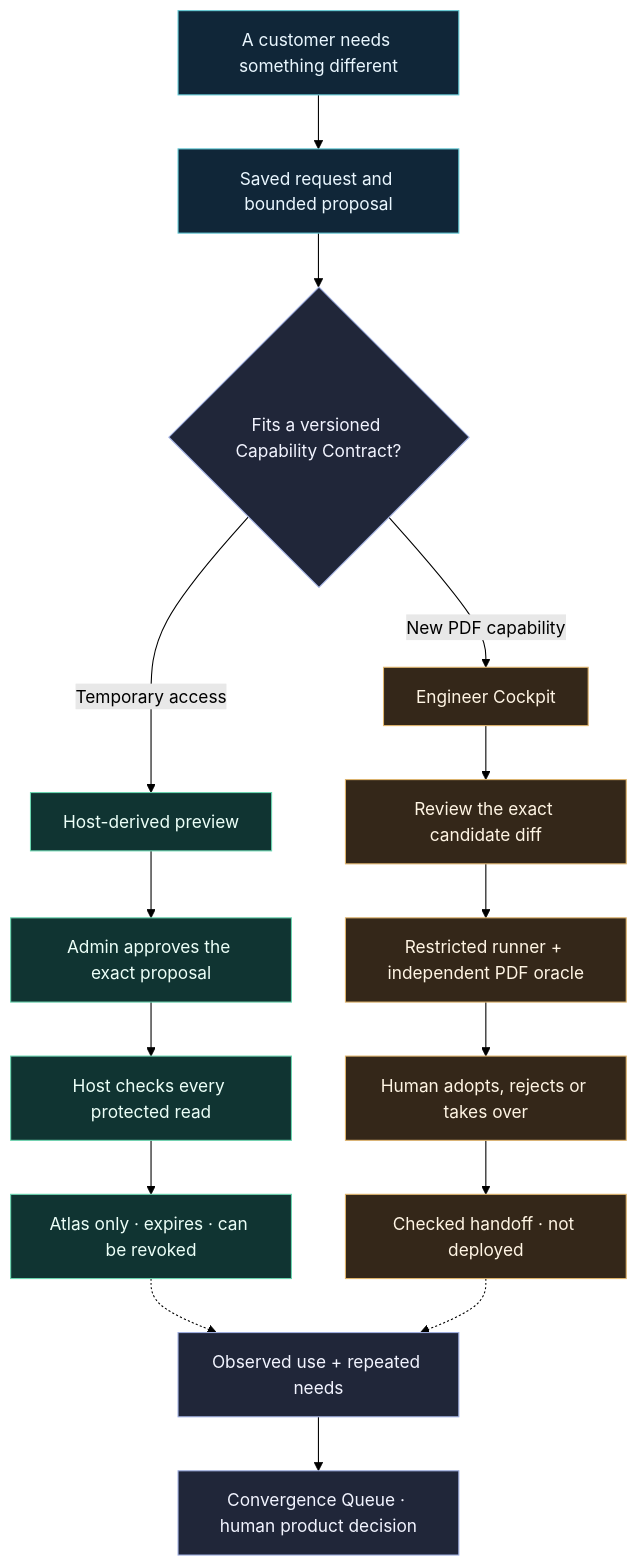
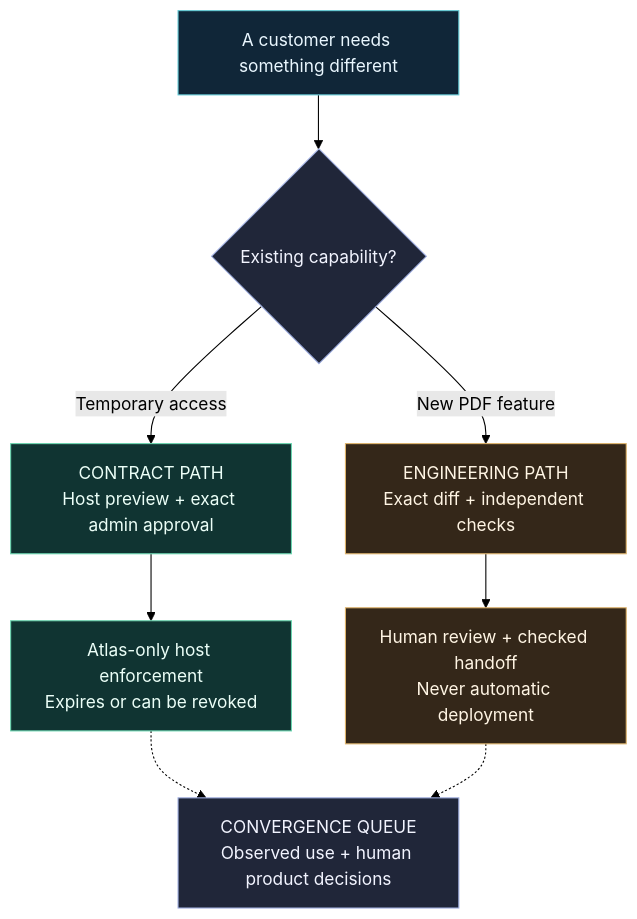
Before and after one commit to usmanmohammed2306/OWNSTACK: the diagram in README.md, drawn with Mermaid (forest theme). The commit also changed other lines of this file, not shown here.

Commit message:
docs: simplify the two-path architecture diagram

````diff
--- a/README.md
+++ b/README.md
@@ -42,29 +42,19 @@
 ```mermaid
 flowchart TD
-    R["A customer needs something different"] --> P["Saved request and bounded proposal"]
-    P --> C{"Fits a versioned Capability Contract?"}
-
-    C -->|"Temporary access"| V["Host-derived preview"]
-    V --> A["Admin approves the exact proposal"]
-    A --> H["Host checks every protected read"]
-    H --> X["Atlas only · expires · can be revoked"]
-
-    C -->|"New PDF capability"| E["Engineer Cockpit"]
-    E --> D["Review the exact candidate diff"]
-    D --> T["Restricted runner + independent PDF oracle"]
-    T --> Q["Human adopts, rejects or takes over"]
-    Q --> N["Checked handoff · not deployed"]
-
-    X -.-> S["Observed use + repeated needs"]
-    N -.-> S
-    S --> K["Convergence Queue · human product decision"]
+    R["A customer needs something different"] --> C{"Existing capability?"}
+    C -->|"Temporary access"| A["CONTRACT PATH<br/>Host preview + exact admin approval"]
+    A --> H["Atlas-only host enforcement<br/>Expires or can be revoked"]
+    C -->|"New PDF feature"| E["ENGINEERING PATH<br/>Exact diff + independent checks"]
+    E --> N["Human review + checked handoff<br/>Never automatic deployment"]
+    H -.-> Q["CONVERGENCE QUEUE<br/>Observed use + human product decisions"]
+    N -.-> Q
 
     classDef input fill:#102638,stroke:#62cad6,color:#eaf7ff;
     classDef access fill:#103432,stroke:#6bd6b0,color:#ecfff8;
     classDef engineering fill:#342719,stroke:#dfb46c,color:#fff5e4;
     classDef decision fill:#202639,stroke:#9faee0,color:#f2f4ff;
-    class R,P input;
-    class V,A,H,X access;
-    class E,D,T,Q,N engineering;
-    class C,S,K decision;
+    class R input;
+    class A,H access;
+    class E,N engineering;
+    class C,Q decision;
 ```
````
